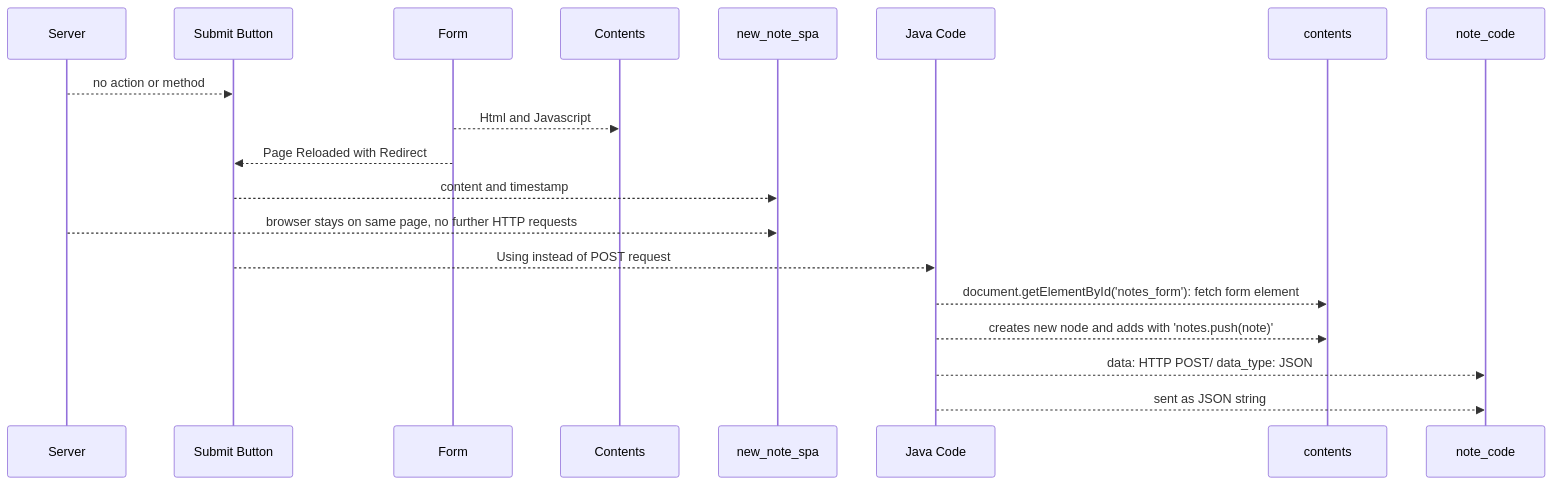
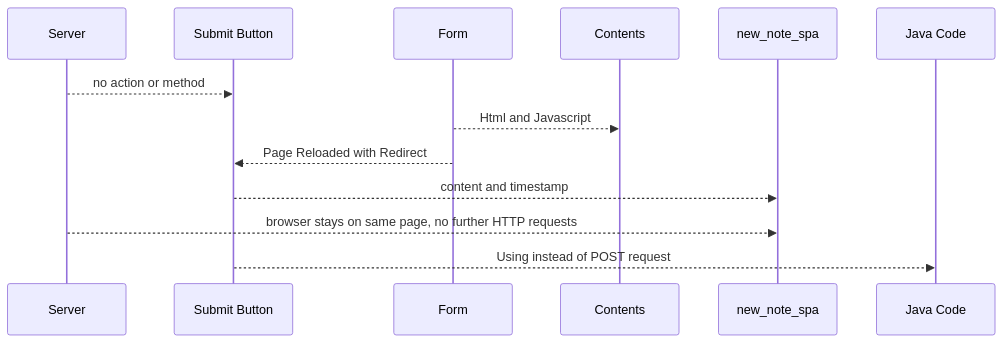
One commit to Ayin12345/Fullstack-Repository changed the diagram in 0.5.md. Above: the diagram before and after it, drawn with Mermaid.

Commit message:
Update 0.5.md
File where user goes to Single Page App

````diff
--- a/0.5.md
+++ b/0.5.md
@@ -1,13 +1,9 @@
 ```mermaid
 sequenceDiagram
     Server -->> Submit Button: no action or method
     Form -->> Contents: Html and Javascript
     Form -->> Submit Button: Page Reloaded with Redirect
     Submit Button -->> new_note_spa: content and timestamp
     Server -->> new_note_spa: browser stays on same page, no further HTTP requests
     Submit Button -->> Java Code: Using instead of POST request
-    Java Code -->> contents: document.getElementById('notes_form'): fetch form element
-    Java Code -->> contents: creates new node and adds with 'notes.push(note)'
-    Java Code -->> note_code: data: HTTP POST/ data_type: JSON
-    Java Code -->> note_code: sent as JSON string
 ```
````
